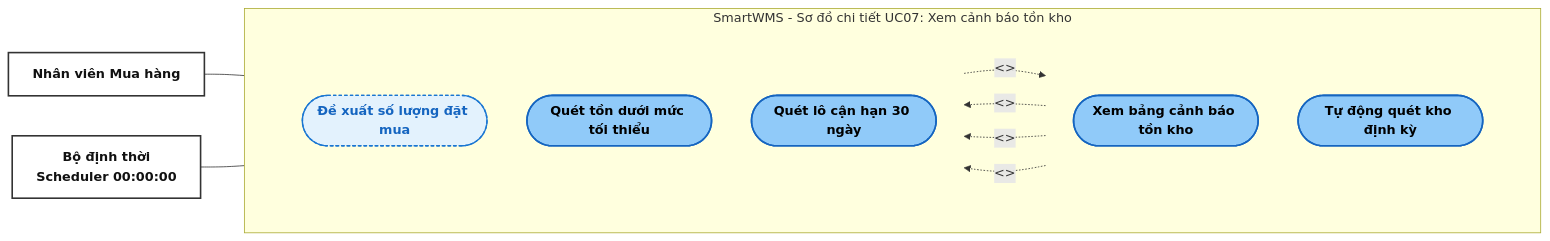
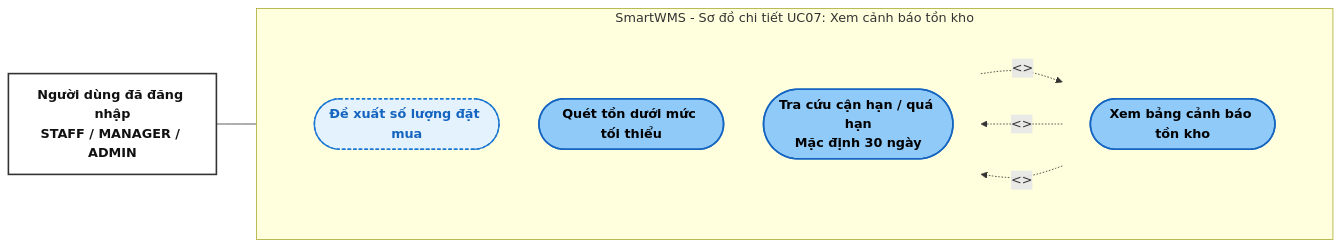
Before and after one commit to TheUn4given123jkbkjs/SmartWMS: the diagram in docs/02_uml_modeling/use_case/detailed_usecase/uc07_inventory_alert_detail.mmd, drawn with Mermaid. The commit also changed 36 other files, not shown here.

```diff
--- a/docs/02_uml_modeling/use_case/detailed_usecase/uc07_inventory_alert_detail.mmd
+++ b/docs/02_uml_modeling/use_case/detailed_usecase/uc07_inventory_alert_detail.mmd
@@ -1,33 +1,29 @@
 flowchart LR
     classDef base fill:#90caf9,stroke:#1565c0,stroke-width:2px,color:#000000,font-weight:bold;
     classDef ext fill:#e3f2fd,stroke:#1976d2,stroke-width:1.8px,stroke-dasharray:4 3,color:#1565c0,font-weight:bold;
     classDef actor fill:#ffffff,stroke:#333333,stroke-width:2px,color:#111111,font-weight:bold;
 
     subgraph SYSTEM ["SmartWMS - Sơ đồ chi tiết UC07: Xem cảnh báo tồn kho"]
         direction LR
         subgraph COL_A [" "]
             direction TB
             UC07_VIEW(["Xem bảng cảnh báo tồn kho"]):::base
-            UC07_AUTO(["Tự động quét kho định kỳ"]):::base
         end
         subgraph COL_B [" "]
             direction TB
             UC_REORDER(["Đề xuất số lượng đặt mua"]):::ext
             UC_MIN(["Quét tồn dưới mức tối thiểu"]):::base
-            UC_EXP(["Quét lô cận hạn 30 ngày"]):::base
+            UC_EXP(["Tra cứu cận hạn / quá hạn<br>Mặc định 30 ngày"]):::base
         end
     end
 
     style COL_A fill:none,stroke:none;
     style COL_B fill:none,stroke:none;
 
-    Actor_Purchaser["Nhân viên Mua hàng"]:::actor
-    Actor_Scheduler["Bộ định thời<br>Scheduler 00:00:00"]:::actor
+    Actor_User["Người dùng đã đăng nhập<br>STAFF / MANAGER / ADMIN"]:::actor
 
-    Actor_Purchaser --- UC07_VIEW
-    Actor_Scheduler --- UC07_AUTO
+    Actor_User --- UC07_VIEW
 
     UC_REORDER -. "<<extend>>" .-> UC07_VIEW
     UC07_VIEW -. "<<include>>" .-> UC_MIN
     UC07_VIEW -. "<<include>>" .-> UC_EXP
-    UC07_AUTO -. "<<include>>" .-> UC_EXP
```
